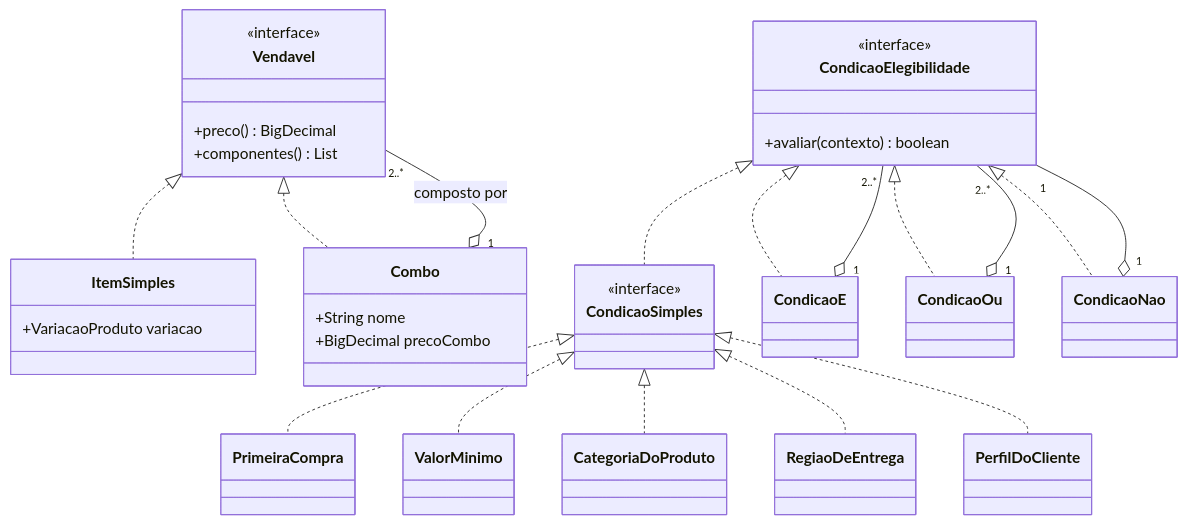
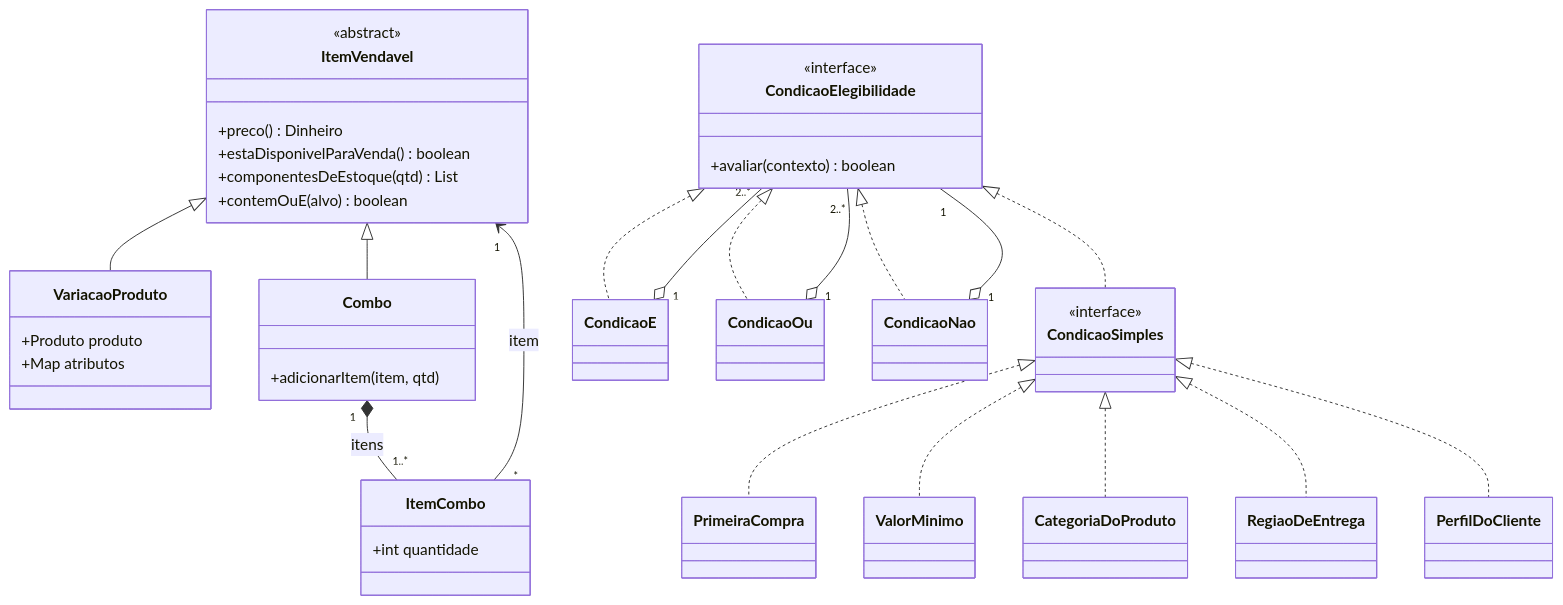
The second of 2 diagrams in docs/02-modelo-dominio.md (arthurnicolucci1912/sistema-ecommerce-promocoes-avancadas), drawn with Mermaid before and after one commit. The commit also changed other lines of this file and 16 other files, not shown here.

````diff
--- a/docs/02-modelo-dominio.md
+++ b/docs/02-modelo-dominio.md
@@ -354,46 +420,52 @@
 ```mermaid
 classDiagram
-    class Vendavel {
-        <<interface>>
-        +preco() BigDecimal
-        +componentes() List
+    class ItemVendavel {
+        <<abstract>>
+        +preco() Dinheiro
+        +estaDisponivelParaVenda() boolean
+        +componentesDeEstoque(qtd) List
+        +contemOuE(alvo) boolean
     }
-    class ItemSimples {
-        +VariacaoProduto variacao
+    class VariacaoProduto {
+        +Produto produto
+        +Map atributos
     }
     class Combo {
-        +String nome
-        +BigDecimal precoCombo
+        +adicionarItem(item, qtd)
     }
-    Vendavel <|.. ItemSimples
-    Vendavel <|.. Combo
-    Combo "1" o-- "2..*" Vendavel : composto por
+    class ItemCombo {
+        +int quantidade
+    }
+    ItemVendavel <|-- VariacaoProduto
+    ItemVendavel <|-- Combo
+    Combo "1" *-- "1..*" ItemCombo : itens
+    ItemCombo "*" --> "1" ItemVendavel : item
 
     class CondicaoElegibilidade {
         <<interface>>
         +avaliar(contexto) boolean
     }
     class CondicaoSimples {
         <<interface>>
     }
     class PrimeiraCompra
     class ValorMinimo
     class CategoriaDoProduto
     class RegiaoDeEntrega
     class PerfilDoCliente
     class CondicaoE
     class CondicaoOu
     class CondicaoNao
     CondicaoElegibilidade <|.. CondicaoSimples
     CondicaoSimples <|.. PrimeiraCompra
     CondicaoSimples <|.. ValorMinimo
     CondicaoSimples <|.. CategoriaDoProduto
     CondicaoSimples <|.. RegiaoDeEntrega
     CondicaoSimples <|.. PerfilDoCliente
     CondicaoElegibilidade <|.. CondicaoE
     CondicaoElegibilidade <|.. CondicaoOu
     CondicaoElegibilidade <|.. CondicaoNao
     CondicaoE "1" o-- "2..*" CondicaoElegibilidade
     CondicaoOu "1" o-- "2..*" CondicaoElegibilidade
     CondicaoNao "1" o-- "1" CondicaoElegibilidade
 ```
````
